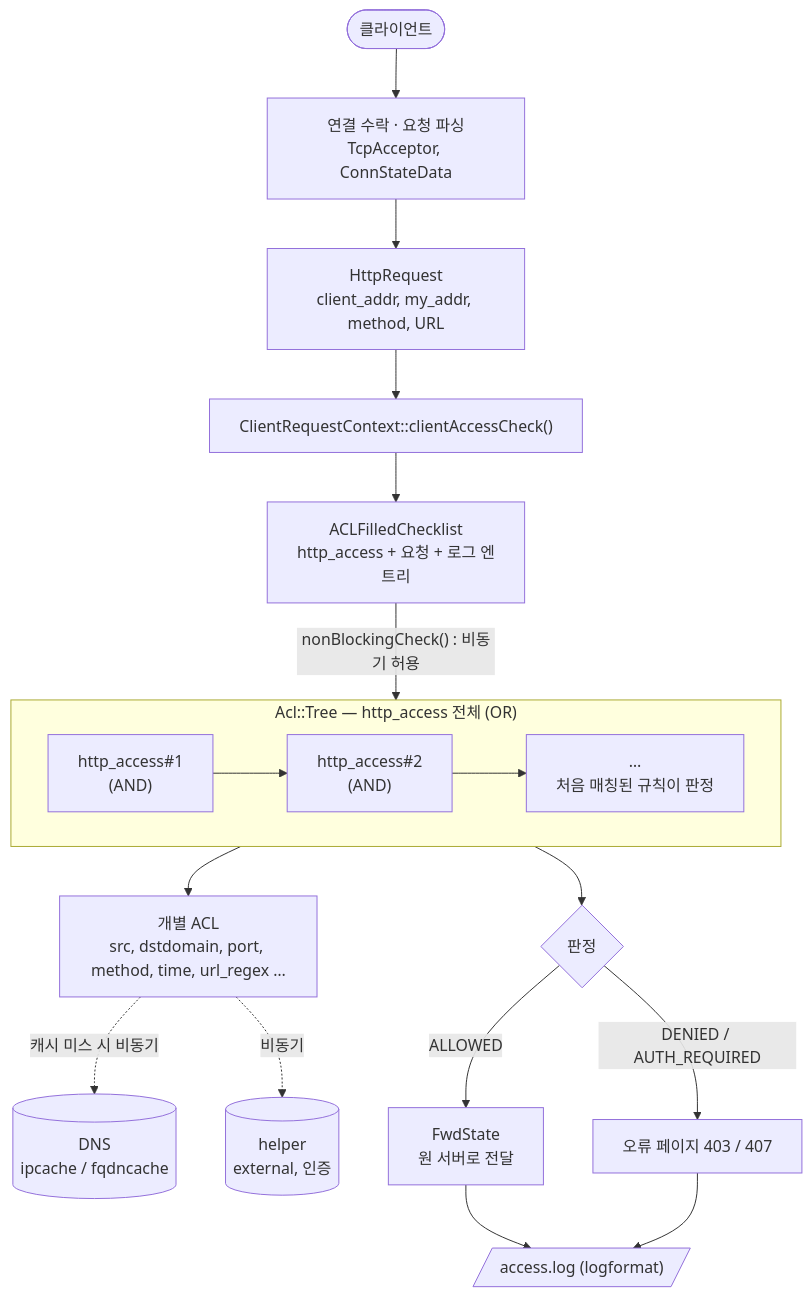
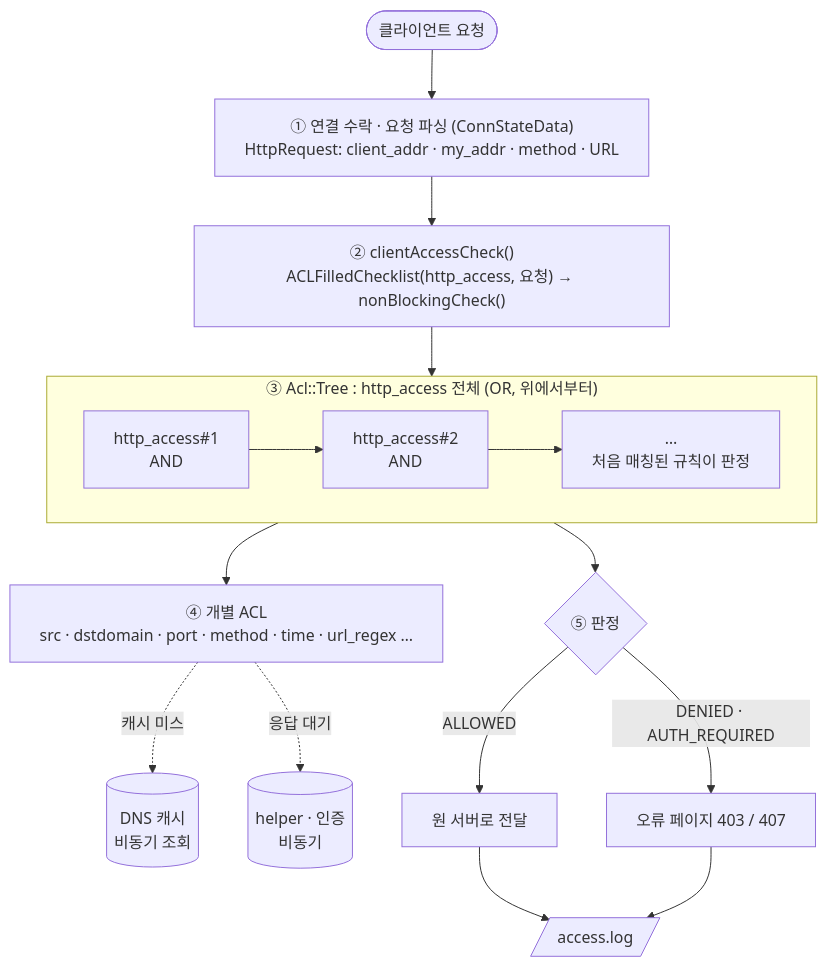
The first of 2 diagrams in README.md (hyeonsa-claude/squid-simulator), drawn with Mermaid before and after one commit. The commit also changed other lines of this file, not shown here.

Commit message:
README: compact the two diagrams so labels do not wrap mid-word

````diff
--- a/README.md
+++ b/README.md
@@ -102,22 +102,21 @@
 ```mermaid
+%%{init: {"flowchart": {"wrappingWidth": 420}}}%%
 flowchart TD
-    C(["클라이언트"]) --> A["연결 수락 · 요청 파싱<br/>TcpAcceptor, ConnStateData"]
-    A --> R["HttpRequest<br/>client_addr, my_addr, method, URL"]
-    R --> K["ClientRequestContext::clientAccessCheck()"]
-    K --> F["ACLFilledChecklist<br/>http_access + 요청 + 로그 엔트리"]
-    F -->|"nonBlockingCheck() : 비동기 허용"| T
+    C(["클라이언트 요청"]) --> A["① 연결 수락 · 요청 파싱 (ConnStateData)<br/>HttpRequest: client_addr · my_addr · method · URL"]
+    A --> F["② clientAccessCheck()<br/>ACLFilledChecklist(http_access, 요청) → nonBlockingCheck()"]
+    F --> T
 
-    subgraph T["Acl::Tree — http_access 전체 (OR)"]
+    subgraph T["③ Acl::Tree : http_access 전체 (OR, 위에서부터)"]
         direction LR
-        R1["http_access#1<br/>(AND)"] --> R2["http_access#2<br/>(AND)"] --> RN["…<br/>처음 매칭된 규칙이 판정"]
+        R1["http_access#1<br/>AND"] --> R2["http_access#2<br/>AND"] --> RN["…<br/>처음 매칭된 규칙이 판정"]
     end
 
-    T --> L["개별 ACL<br/>src, dstdomain, port, method, time, url_regex …"]
-    L -.->|"캐시 미스 시 비동기"| D[("DNS<br/>ipcache / fqdncache")]
-    L -.->|"비동기"| H[("helper<br/>external, 인증")]
-    T --> ANS{"판정"}
-    ANS -->|ALLOWED| FW["FwdState<br/>원 서버로 전달"]
-    ANS -->|"DENIED / AUTH_REQUIRED"| ER["오류 페이지 403 / 407"]
-    FW --> LOG[/"access.log (logformat)"/]
+    T --> L["④ 개별 ACL<br/>src · dstdomain · port · method · time · url_regex …"]
+    L -.->|"캐시 미스"| D[("DNS 캐시<br/>비동기 조회")]
+    L -.->|"응답 대기"| H[("helper · 인증<br/>비동기")]
+    T --> ANS{"⑤ 판정"}
+    ANS -->|ALLOWED| FW["원 서버로 전달"]
+    ANS -->|"DENIED · AUTH_REQUIRED"| ER["오류 페이지 403 / 407"]
+    FW --> LOG[/"access.log"/]
     ER --> LOG
 ```
````
